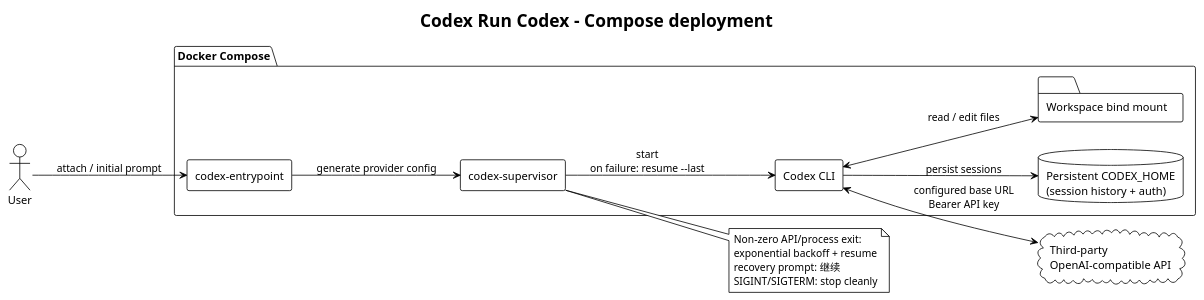
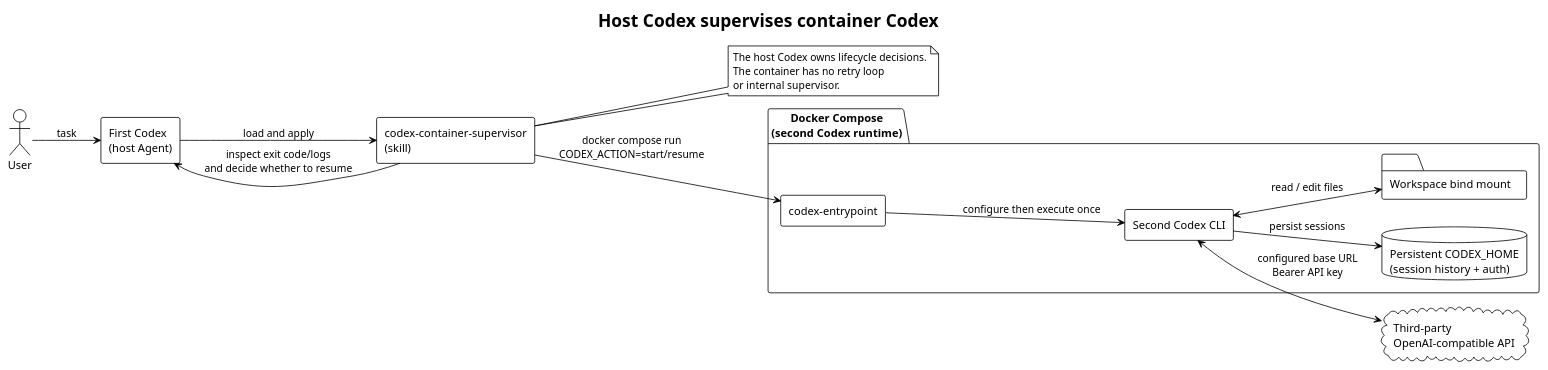
One commit to i-zrhe2016/codex-run-codex changed the diagram in docs/diagrams/codex-run-codex.puml. Above: the diagram before and after it, drawn with PlantUML. The commit also changed 15 other files, not shown here.

Commit message:
feat(supervision): move Codex lifecycle control to host

```diff
--- a/docs/diagrams/codex-run-codex.puml
+++ b/docs/diagrams/codex-run-codex.puml
@@ -1,35 +1,37 @@
 @startuml
 !theme plain
 left to right direction
 skinparam componentStyle rectangle
 skinparam shadowing false
 
-title Codex Run Codex - Compose deployment
+title Host Codex supervises container Codex
 
 actor "User" as user
+component "First Codex\n(host Agent)" as outer
+component "codex-container-supervisor\n(skill)" as skill
 
-package "Docker Compose" {
+package "Docker Compose\n(second Codex runtime)" {
     component "codex-entrypoint" as entry
-    component "codex-supervisor" as supervisor
-    component "Codex CLI" as codex
+    component "Second Codex CLI" as codex
     database "Persistent CODEX_HOME\n(session history + auth)" as home
     folder "Workspace bind mount" as workspace
 }
 
 cloud "Third-party\nOpenAI-compatible API" as api
 
-user --> entry : attach / initial prompt
-entry --> supervisor : generate provider config
-supervisor --> codex : start\non failure: resume --last
+user --> outer : task
+outer --> skill : load and apply
+skill --> entry : docker compose run\nCODEX_ACTION=start/resume
+entry --> codex : configure then execute once
 codex <--> api : configured base URL\nBearer API key
 codex --> home : persist sessions
 codex <--> workspace : read / edit files
+skill --> outer : inspect exit code/logs\nand decide whether to resume
 
-note right of supervisor
-Non-zero API/process exit:
-exponential backoff + resume
-recovery prompt: 继续
-SIGINT/SIGTERM: stop cleanly
+note right of skill
+The host Codex owns lifecycle decisions.
+The container has no retry loop
+or internal supervisor.
 end note
 
 @enduml
```
